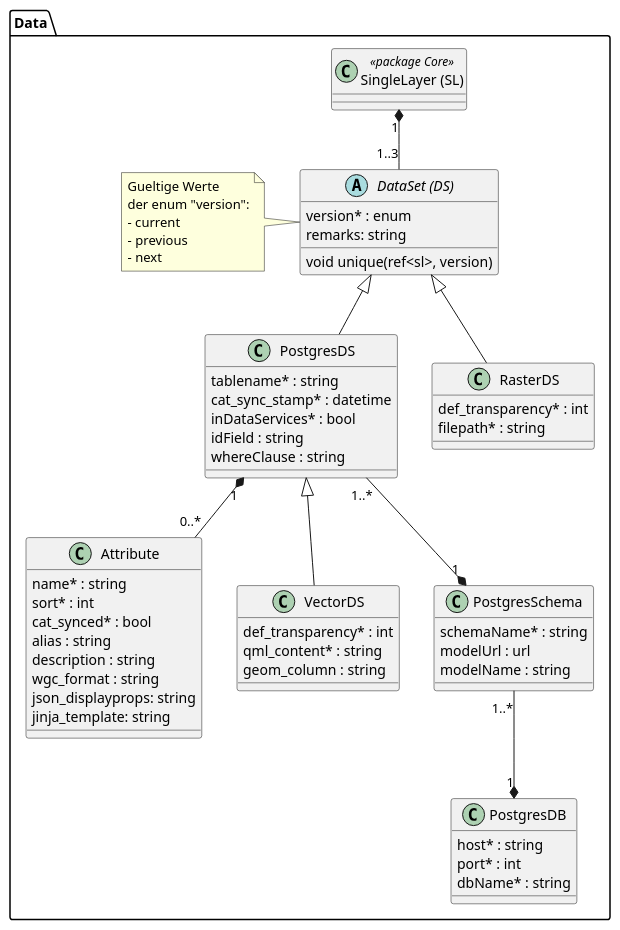
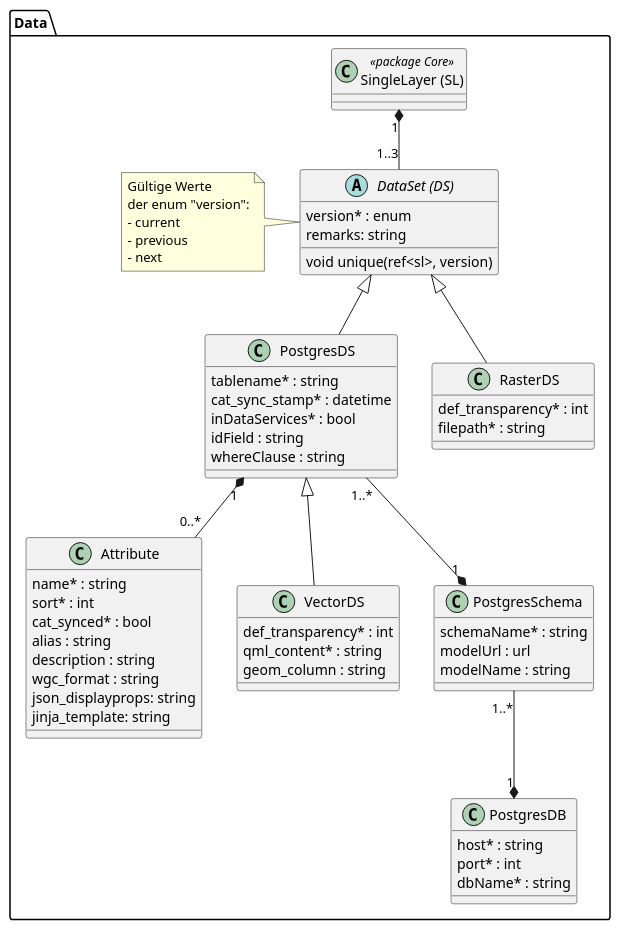
One commit to simi-so/mm changed the diagram in puml/src/simi_data.puml. Above: the diagram before and after it, drawn with PlantUML. The commit also changed 6 other files, not shown here.

```diff
--- a/puml/src/simi_data.puml
+++ b/puml/src/simi_data.puml
@@ -1,74 +1,74 @@
 @startuml
 package Data {
 
   class "SingleLayer (SL)" as sl << package Core >> {
   }
 
   abstract class "DataSet (DS)" as ds {
     version* : enum
     remarks: string
     void unique(ref<sl>, version)
   }
 
   note left
-    Gueltige Werte
+    Gültige Werte
     der enum "version":
     - current
     - previous
     - next
   end note
 
   class "PostgresDS" as pds {
     tablename* : string
     cat_sync_stamp* : datetime
     inDataServices* : bool
     idField : string
     whereClause : string
   }
 
   class "PostgresDB" as pdb {
     host* : string
     port* : int
     dbName* : string
   }
 
   class "Attribute" as attr {
     name* : string
     sort* : int
     cat_synced* : bool
     alias : string
     description : string
     wgc_format : string
     json_displayprops: string
     jinja_template: string
   }
 
   class "VectorDS" as vds {
     def_transparency* : int
     qml_content* : string
     geom_column : string
   }
 
   class "RasterDS" as rds {
     def_transparency* : int
     filepath* : string
   }
 
   class "PostgresSchema" as pgs {
     schemaName* : string
     modelUrl : url
     modelName : string
   }
 
   ds <|-- rds
   ds <|-- pds
   pds <|-- vds
 
   sl "1" *-- "1..3" ds
 
   pds "1..*" --* "1" pgs
   pds "1" *-- "0..*" attr
 
   pgs "1..*" --* "1" pdb
 }
 @enduml
```
